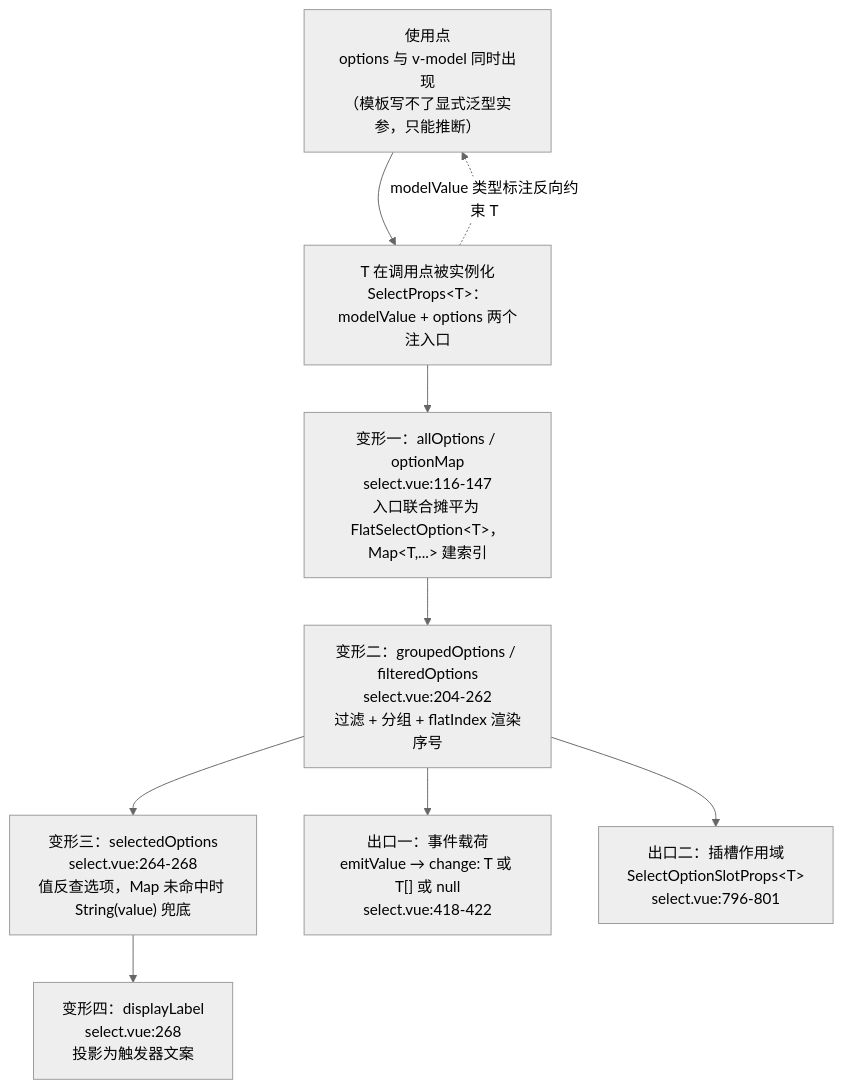
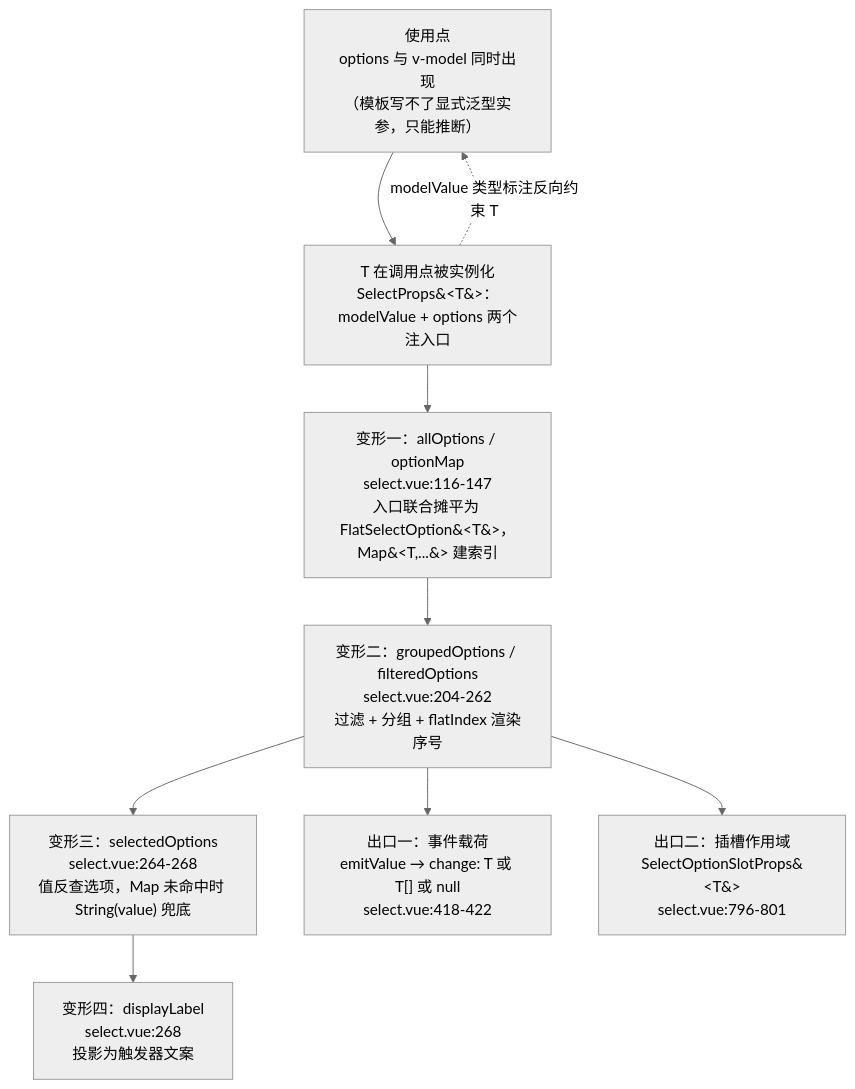
Before and after one commit to zhangzhengyang27/tech-codex: the first of 3 diagrams in docs/14-组件库专栏/4-组件通用架构/4-10-泛型组件全链路-以select为样本.md, drawn with Mermaid (neutral theme). The commit also changed other lines of this file and 195 other files, not shown here.

````diff
--- a/docs/14-组件库专栏/4-组件通用架构/4-10-泛型组件全链路-以select为样本.md
+++ b/docs/14-组件库专栏/4-组件通用架构/4-10-泛型组件全链路-以select为样本.md
@@ -333,12 +333,12 @@
 ```mermaid
 flowchart TD
     U["使用点<br/>options 与 v-model 同时出现<br/>（模板写不了显式泛型实参，只能推断）"]
-    U --> P["T 在调用点被实例化<br/>SelectProps&lt;T&gt;：modelValue + options 两个注入口"]
-    P --> A1["变形一：allOptions / optionMap<br/>select.vue:116-147<br/>入口联合摊平为 FlatSelectOption&lt;T&gt;，Map&lt;T,...&gt; 建索引"]
+    U --> P["T 在调用点被实例化<br/>SelectProps&#60;T&#62;：modelValue + options 两个注入口"]
+    P --> A1["变形一：allOptions / optionMap<br/>select.vue:116-147<br/>入口联合摊平为 FlatSelectOption&#60;T&#62;，Map&#60;T,...&#62; 建索引"]
     A1 --> A2["变形二：groupedOptions / filteredOptions<br/>select.vue:204-262<br/>过滤 + 分组 + flatIndex 渲染序号"]
     A2 --> A3["变形三：selectedOptions<br/>select.vue:264-268<br/>值反查选项，Map 未命中时 String(value) 兜底"]
     A3 --> A4["变形四：displayLabel<br/>select.vue:268<br/>投影为触发器文案"]
     A2 --> E1["出口一：事件载荷<br/>emitValue → change: T 或 T[] 或 null<br/>select.vue:418-422"]
-    A2 --> E2["出口二：插槽作用域<br/>SelectOptionSlotProps&lt;T&gt;<br/>select.vue:796-801"]
+    A2 --> E2["出口二：插槽作用域<br/>SelectOptionSlotProps&#60;T&#62;<br/>select.vue:796-801"]
     P -.->|"modelValue 类型标注反向约束 T"| U
 ```
````
